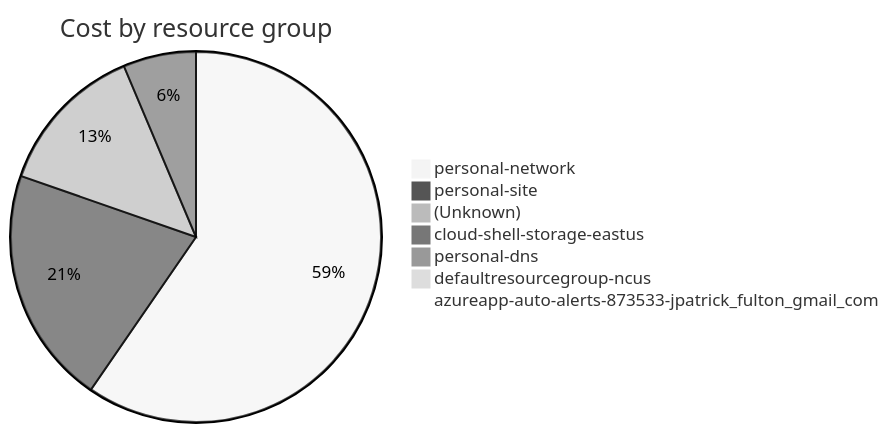
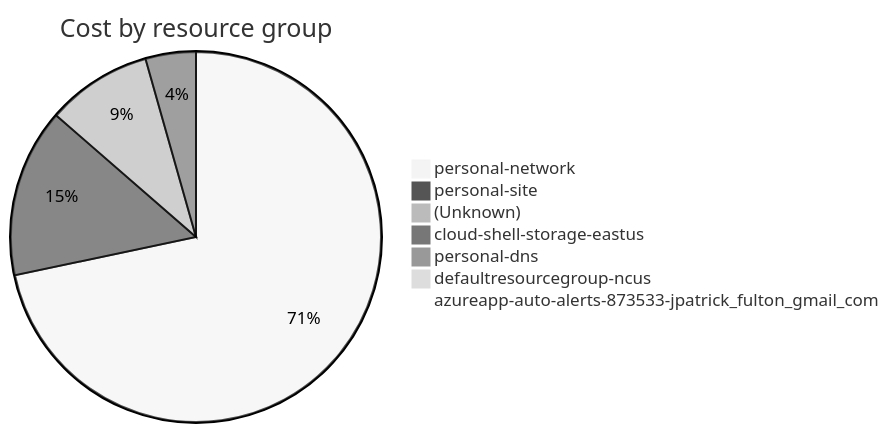
The fourth of 4 diagrams in cost-reports/accumulated-cost.md (jpfulton/azure-personal-reports), drawn with Mermaid (neutral theme) before and after one commit. The commit also changed other lines of this file and 2 other files, not shown here.

````diff
--- a/cost-reports/accumulated-cost.md
+++ b/cost-reports/accumulated-cost.md
@@ -159,11 +159,11 @@
 ```mermaid
 pie
    title Cost by resource group
-   "personal-network" : 51.68
-   "personal-site" : 17.99
-   "(Unknown)" : 11.54
-   "cloud-shell-storage-eastus" : 5.51
-   "personal-dns" : 0.40
+   "personal-network" : 90.04
+   "personal-site" : 18.46
+   "(Unknown)" : 11.57
+   "cloud-shell-storage-eastus" : 5.52
+   "personal-dns" : 0.42
    "defaultresourcegroup-ncus" : 0.00
    "azureapp-auto-alerts-873533-jpatrick_fulton_gmail_com" : 0.00
 ```
````
